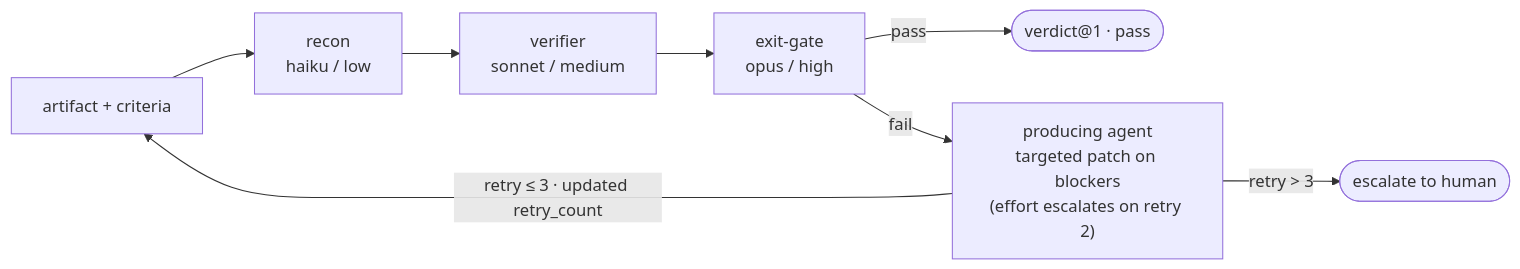
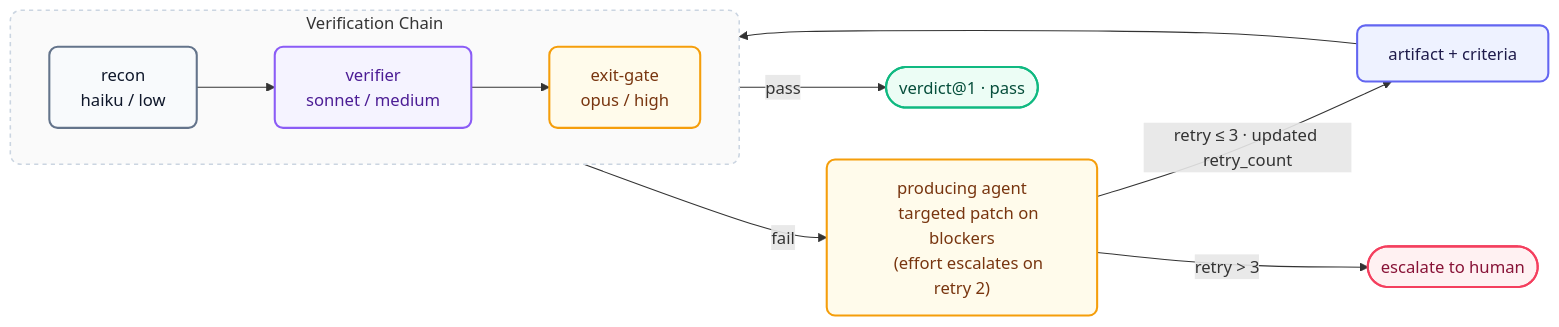
Before and after one commit to orin-dx/agent-plugins: the fourth of 4 diagrams in ARCHITECTURE.md, drawn with Mermaid. The commit also changed other lines of this file and 1 other file, not shown here.

````diff
--- a/ARCHITECTURE.md
+++ b/ARCHITECTURE.md
@@ -123,16 +153,40 @@
 ```mermaid
 flowchart LR
-    Art[artifact + criteria] --> Recon["recon
-    haiku / low"]
-    Recon --> Ver["verifier
-    sonnet / medium"]
-    Ver --> Gate["exit-gate
-    opus / high"]
+    classDef source fill:#eef2ff,stroke:#6366f1,stroke-width:2px,color:#1e1b4b,rx:8px,ry:8px;
+    classDef store fill:#f8fafc,stroke:#64748b,stroke-width:2px,color:#0f172a,rx:8px,ry:8px;
+    classDef engine fill:#f5f3ff,stroke:#8b5cf6,stroke-width:2px,color:#4c1d95,rx:8px,ry:8px;
+    classDef router fill:#fffbeb,stroke:#f59e0b,stroke-width:2px,color:#78350f,rx:8px,ry:8px;
+    classDef output fill:#ecfdf5,stroke:#10b981,stroke-width:2px,color:#064e3b,rx:8px,ry:8px;
+    classDef alert fill:#fff1f2,stroke:#f43f5e,stroke-width:2px,color:#881337,rx:8px,ry:8px;
 
-    Fix["producing agent\ntargeted patch on blockers\n(effort escalates on retry 2)"]
+    Art[artifact + criteria]
+
+    subgraph check [Verification Chain]
+        direction LR
+        Recon["recon
+        haiku / low"] --> Ver["verifier
+        sonnet / medium"] --> Gate["exit-gate
+        opus / high"]
+    end
+
+    Art --> Recon
+
+    Fix["producing agent
+    targeted patch on blockers
+    (effort escalates on retry 2)"]
 
     Gate -->|pass| Done(["verdict@1 · pass"])
     Gate -->|fail| Fix
     Fix -->|"retry ≤ 3 · updated retry_count"| Art
     Fix -->|"retry > 3"| Esc(["escalate to human"])
+
+    class Art source
+    class Recon store
+    class Ver engine
+    class Gate router
+    class Done output
+    class Fix router
+    class Esc alert
+
+    style check fill:#fafafa,stroke:#cbd5e1,stroke-width:1.5px,stroke-dasharray: 4 4,rx:10px,ry:10px
 ```
````
